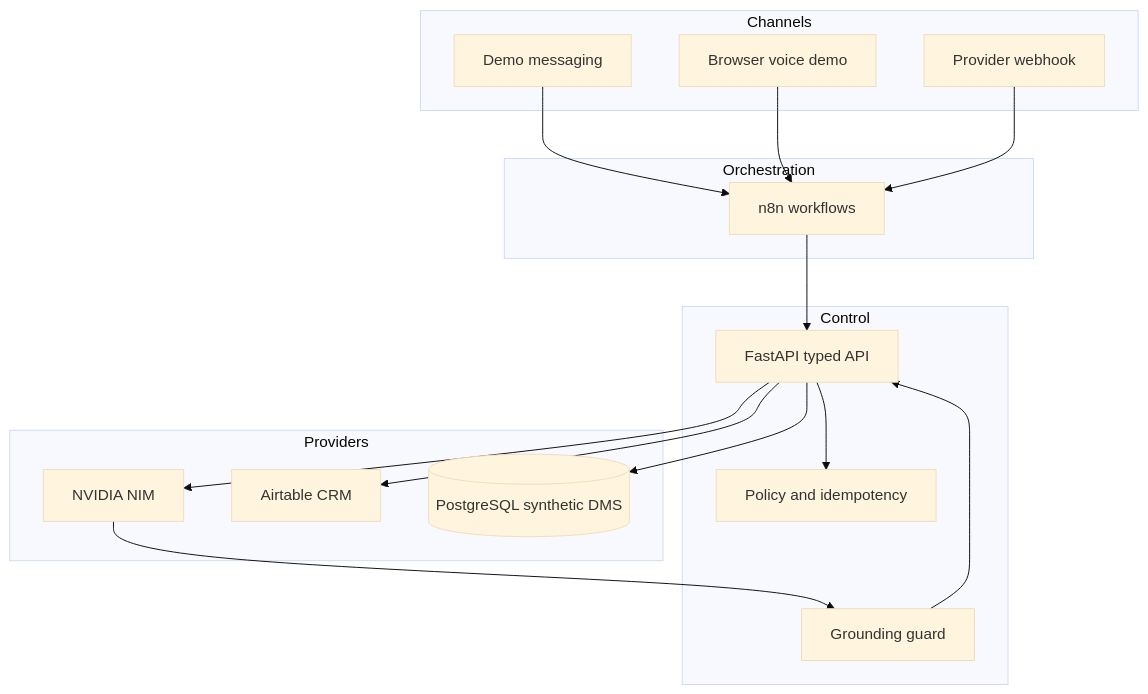
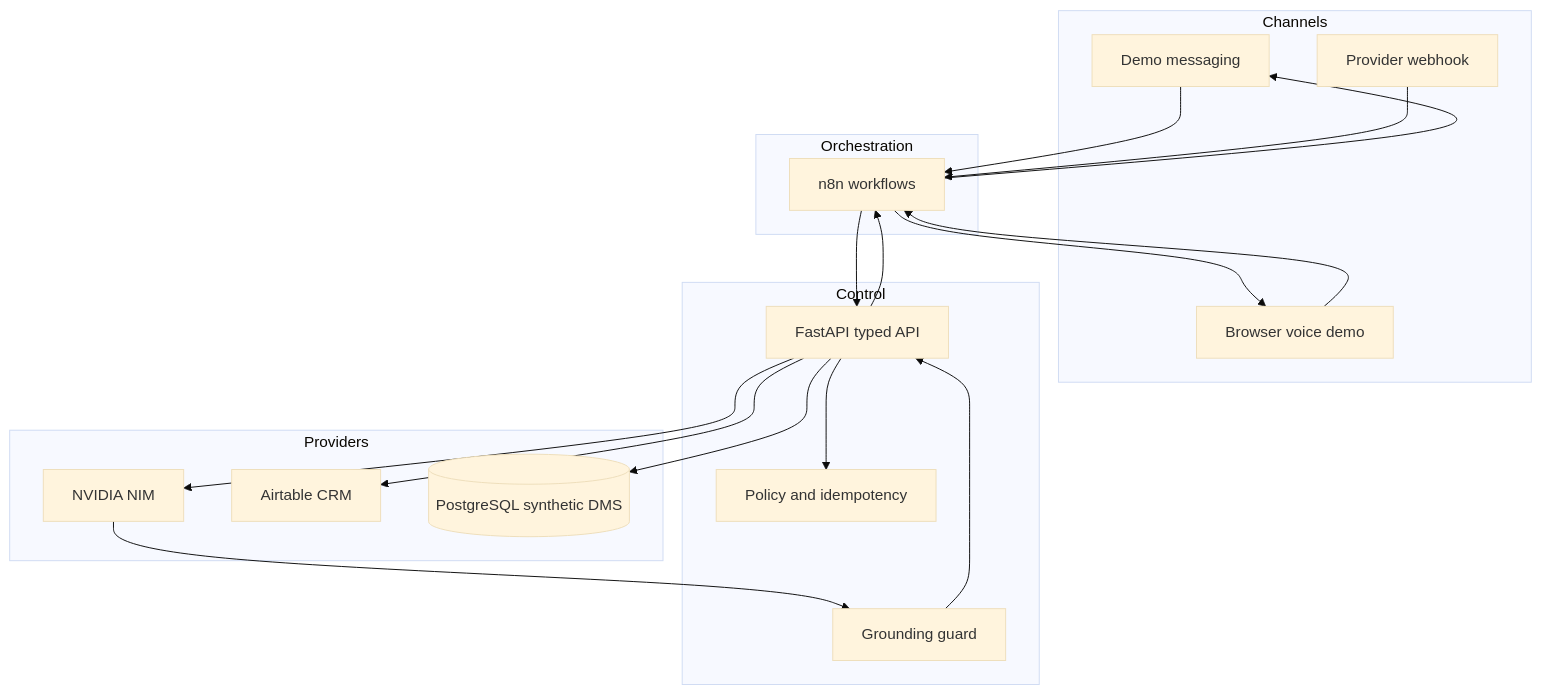
Before and after one commit to kabbersokhi-boop/customer-ops-ai: the diagram in docs/architecture.md, drawn with Mermaid (base theme). The commit also changed other lines of this file and 22 other files, not shown here.

```diff
--- a/docs/architecture.md
+++ b/docs/architecture.md
@@ -7,31 +7,34 @@
 ~~~mermaid
 flowchart TB
     subgraph Channels
       M[Demo messaging]
       V[Browser voice demo]
       W[Provider webhook]
     end
     subgraph Orchestration
       N[n8n workflows]
     end
     subgraph Control
       A[FastAPI typed API]
       G[Grounding guard]
       P[Policy and idempotency]
     end
     subgraph Providers
       L[NVIDIA NIM]
       R[Airtable CRM]
       D[(PostgreSQL synthetic DMS)]
     end
     M --> N
     V --> N
     W --> N
     N --> A
+    A --> N
+    N --> M
+    N --> V
     A --> P
     A --> L
     L --> G
     G --> A
     A --> R
     A --> D
 ~~~
```
